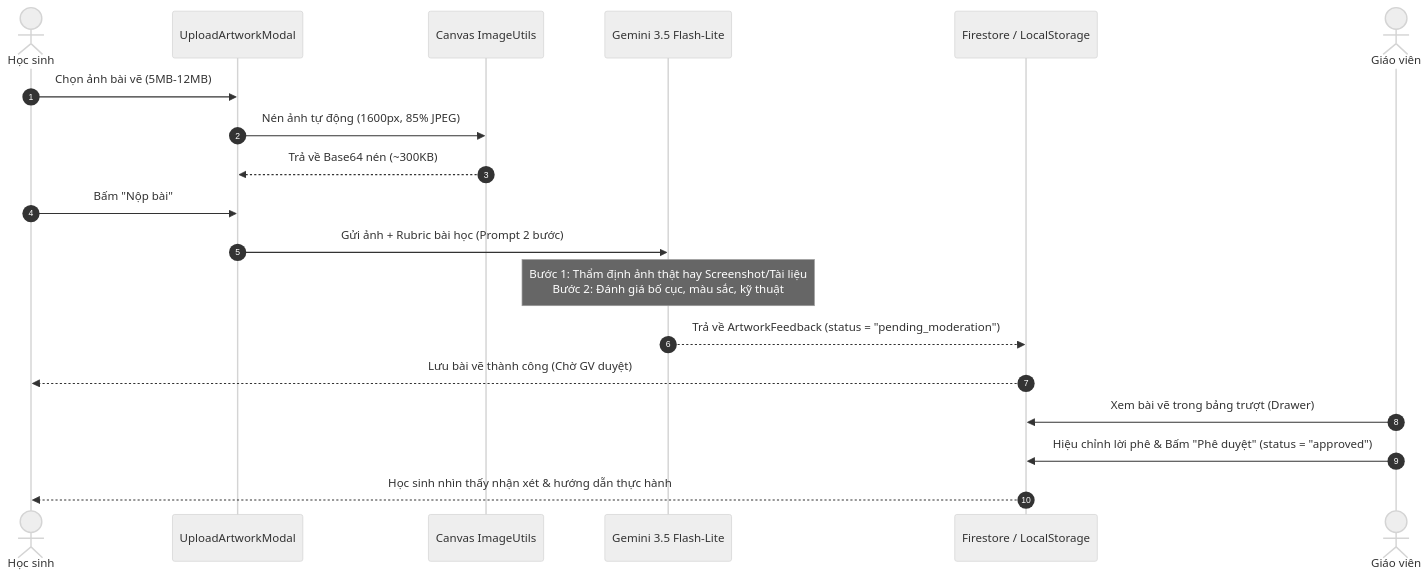
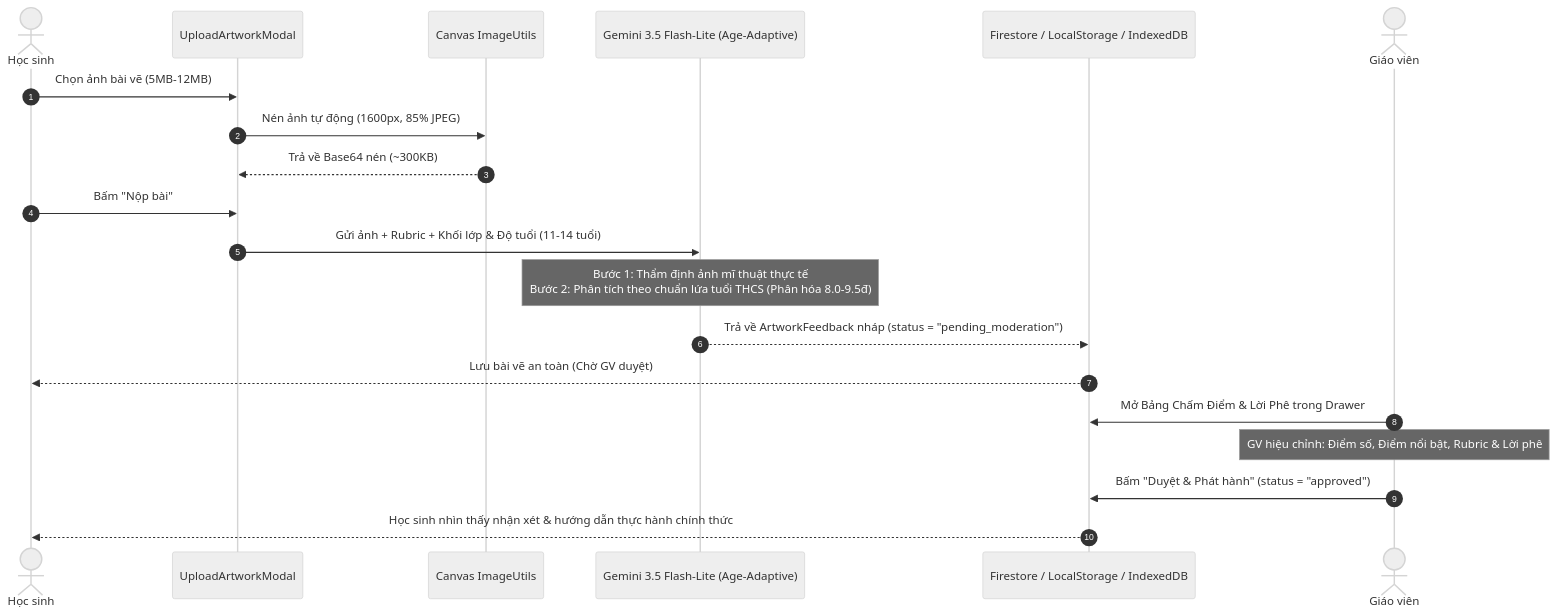
Before and after one commit to asppedg-code/artprogress-ai: the diagram in PROJECT_SPEC.md, drawn with Mermaid (neutral theme). The commit also changed other lines of this file and 6 other files, not shown here.

Commit message:
feat(evaluation): chấm điểm AI thích ứng khối lớp & cho phép giáo viên chỉnh sửa điểm số, điểm nổi bật, rubric

````diff
--- a/PROJECT_SPEC.md
+++ b/PROJECT_SPEC.md
@@ -174,22 +187,23 @@
 ```mermaid
 sequenceDiagram
     autonumber
     actor HS as Học sinh
     participant Modal as UploadArtworkModal
     participant Canvas as Canvas ImageUtils
-    participant Gemini as Gemini 3.5 Flash-Lite
-    participant Store as Firestore / LocalStorage
+    participant Gemini as Gemini 3.5 Flash-Lite (Age-Adaptive)
+    participant Store as Firestore / LocalStorage / IndexedDB
     actor GV as Giáo viên
 
     HS->>Modal: Chọn ảnh bài vẽ (5MB-12MB)
     Modal->>Canvas: Nén ảnh tự động (1600px, 85% JPEG)
     Canvas-->>Modal: Trả về Base64 nén (~300KB)
     HS->>Modal: Bấm "Nộp bài"
-    Modal->>Gemini: Gửi ảnh + Rubric bài học (Prompt 2 bước)
-    Note over Gemini: Bước 1: Thẩm định ảnh thật hay Screenshot/Tài liệu<br/>Bước 2: Đánh giá bố cục, màu sắc, kỹ thuật
-    Gemini-->>Store: Trả về ArtworkFeedback (status = "pending_moderation")
-    Store-->>HS: Lưu bài vẽ thành công (Chờ GV duyệt)
-    GV->>Store: Xem bài vẽ trong bảng trượt (Drawer)
-    GV->>Store: Hiệu chỉnh lời phê & Bấm "Phê duyệt" (status = "approved")
-    Store-->>HS: Học sinh nhìn thấy nhận xét & hướng dẫn thực hành
+    Modal->>Gemini: Gửi ảnh + Rubric + Khối lớp & Độ tuổi (11-14 tuổi)
+    Note over Gemini: Bước 1: Thẩm định ảnh mĩ thuật thực tế<br/>Bước 2: Phân tích theo chuẩn lứa tuổi THCS (Phân hóa 8.0-9.5đ)
+    Gemini-->>Store: Trả về ArtworkFeedback nháp (status = "pending_moderation")
+    Store-->>HS: Lưu bài vẽ an toàn (Chờ GV duyệt)
+    GV->>Store: Mở Bảng Chấm Điểm & Lời Phê trong Drawer
+    Note over GV: GV hiệu chỉnh: Điểm số, Điểm nổi bật, Rubric & Lời phê
+    GV->>Store: Bấm "Duyệt & Phát hành" (status = "approved")
+    Store-->>HS: Học sinh nhìn thấy nhận xét & hướng dẫn thực hành chính thức
 ```
````
